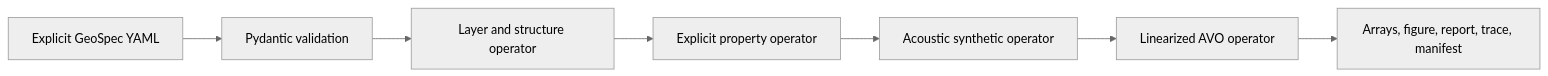
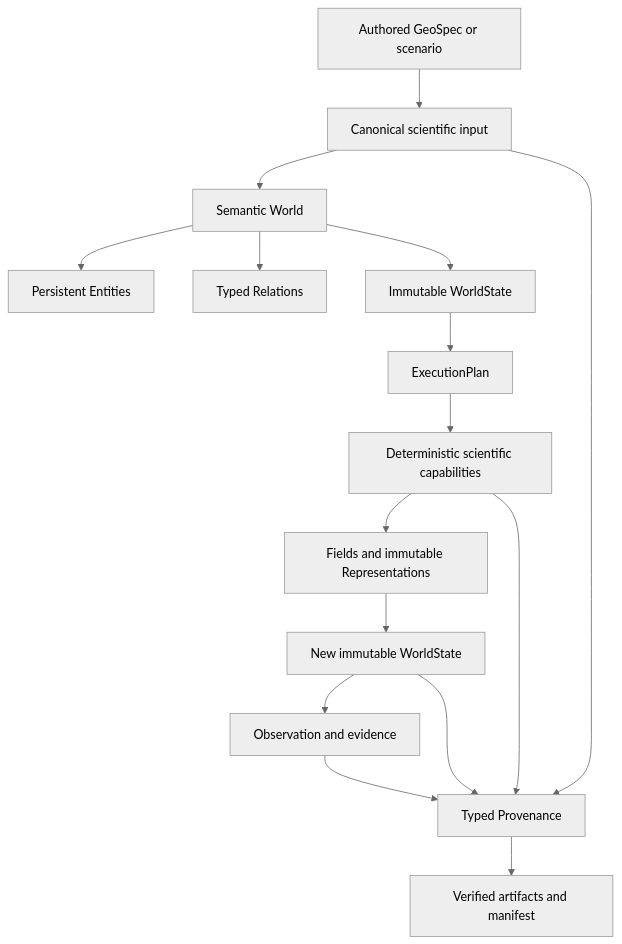
The diagram in README.md (scifiss/geoworld-open), drawn with Mermaid (neutral theme) before and after one commit. The commit also changed other lines of this file and 2 other files, not shown here.

Commit message:
Present GeoWorld Open world-model architecture

````diff
--- a/README.md
+++ b/README.md
@@ -21,9 +40,18 @@
 ```mermaid
-flowchart LR
-    Y[Explicit GeoSpec YAML] --> V[Pydantic validation]
-    V --> G[Layer and structure operator]
-    G --> P[Explicit property operator]
-    P --> S[Acoustic synthetic operator]
-    S --> A[Linearized AVO operator]
-    A --> R[Arrays, figure, report, trace, manifest]
+flowchart TD
+    A[Authored GeoSpec or scenario] --> C[Canonical scientific input]
+    C --> W[Semantic World]
+    W --> E[Persistent Entities]
+    W --> R[Typed Relations]
+    W --> S[Immutable WorldState]
+    S --> P[ExecutionPlan]
+    P --> D[Deterministic scientific capabilities]
+    D --> F[Fields and immutable Representations]
+    F --> N[New immutable WorldState]
+    N --> O[Observation and evidence]
+    C --> V[Typed Provenance]
+    D --> V
+    N --> V
+    O --> V
+    V --> X[Verified artifacts and manifest]
 ```
````
